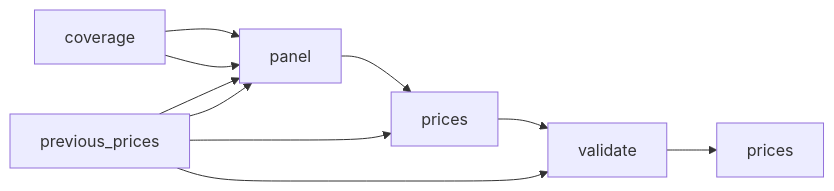
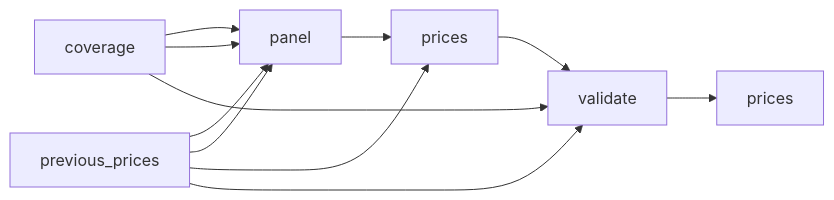
One commit to jsonifyco/public-datasets changed the diagram in datasets/streaming-subscription-prices-by-country-5b733a529030/README.md. Above: the diagram before and after it, drawn with Mermaid. The commit also changed other lines of this file and 3 other files, not shown here.

````diff
--- a/datasets/streaming-subscription-prices-by-country-5b733a529030/README.md
+++ b/datasets/streaming-subscription-prices-by-country-5b733a529030/README.md
@@ -63,18 +69,19 @@
 ```mermaid
 flowchart LR
   n0["previous#95;prices"]
   n1["coverage"]
   n2["panel"]
   n3["prices"]
   n4["validate"]
   n5["prices"]
   n2 --> n3
   n3 --> n4
   n4 --> n5
   n0 --> n2
   n1 --> n2
   n1 --> n2
   n0 --> n2
   n0 --> n3
+  n1 --> n4
   n0 --> n4
 ```
````
